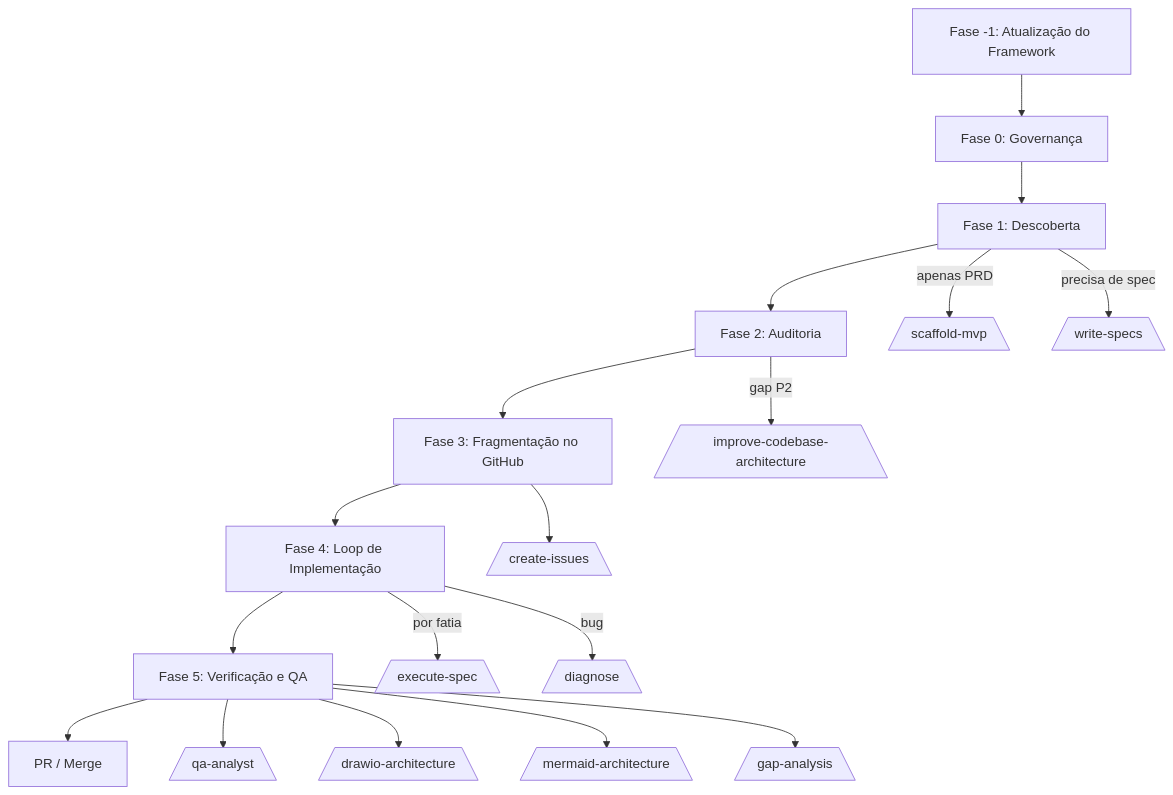
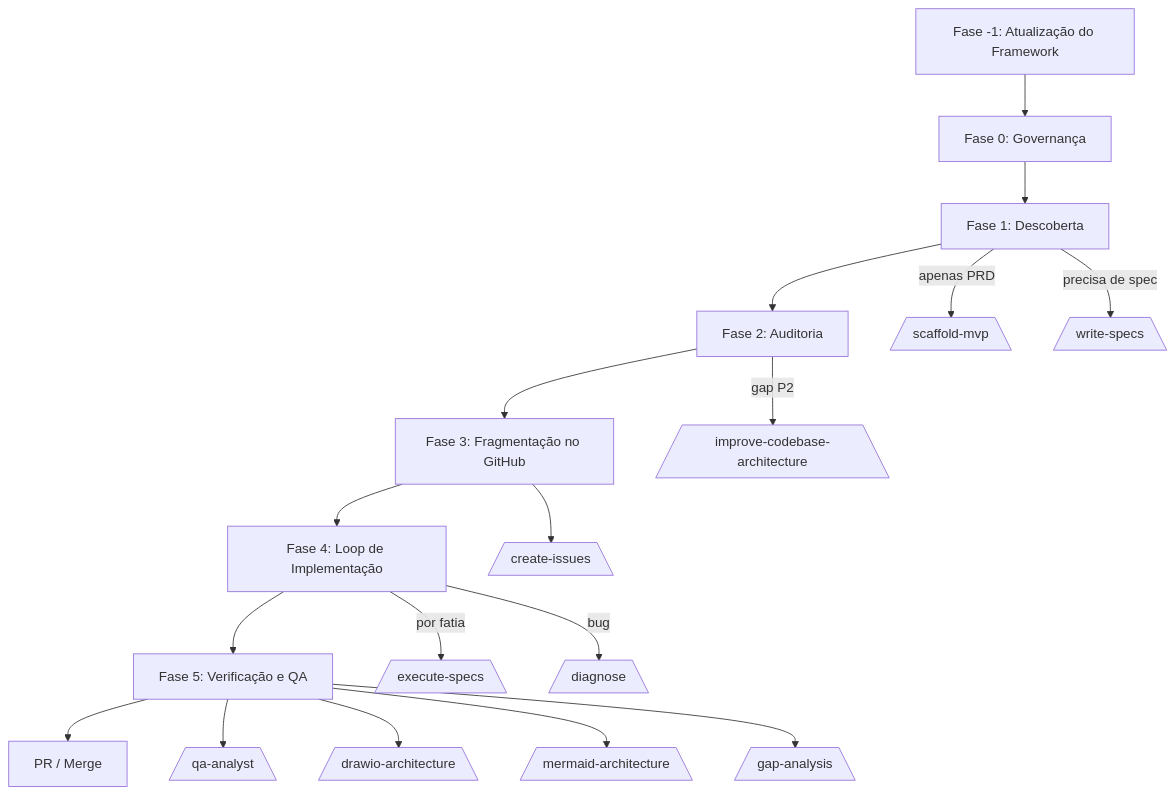
The diagram in README.pt-br.md (afonsoft/skills), drawn with Mermaid before and after one commit. The commit also changed other lines of this file and 31 other files, not shown here.

First line of the commit message:
refactor: rename execute-spec skill to execute-specs

````diff
--- a/README.pt-br.md
+++ b/README.pt-br.md
@@ -22,21 +22,21 @@
 ```mermaid
 flowchart TD
     A[Fase -1: Atualização do Framework] --> B[Fase 0: Governança]
     B --> C[Fase 1: Descoberta]
     C --> D[Fase 2: Auditoria]
     D --> E[Fase 3: Fragmentação no GitHub]
     E --> F[Fase 4: Loop de Implementação]
     F --> G[Fase 5: Verificação e QA]
     G --> H[PR / Merge]
 
     C -->|apenas PRD| I[/scaffold-mvp\]
     C -->|precisa de spec| J[/write-specs\]
     D -->|gap P2| K[/improve-codebase-architecture\]
     E --> L[/create-issues\]
-    F -->|por fatia| M[/execute-spec\]
+    F -->|por fatia| M[/execute-specs\]
     F -->|bug| N[/diagnose\]
     G --> O[/qa-analyst\]
     G --> P[/drawio-architecture\]
     G --> Q[/mermaid-architecture\]
     G --> R[/gap-analysis\]
 ```
````
